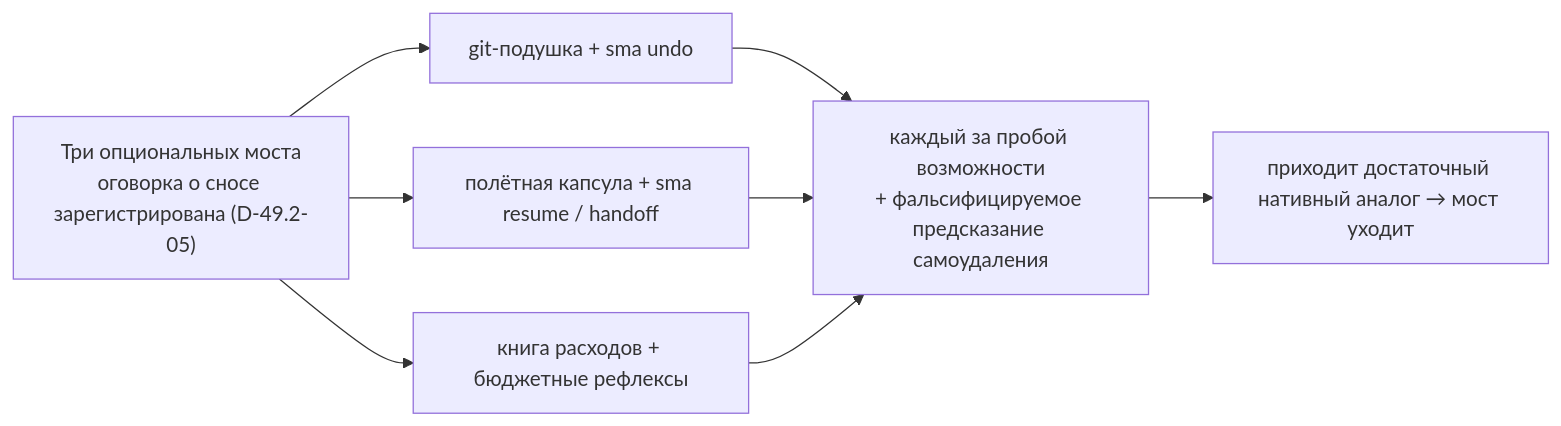
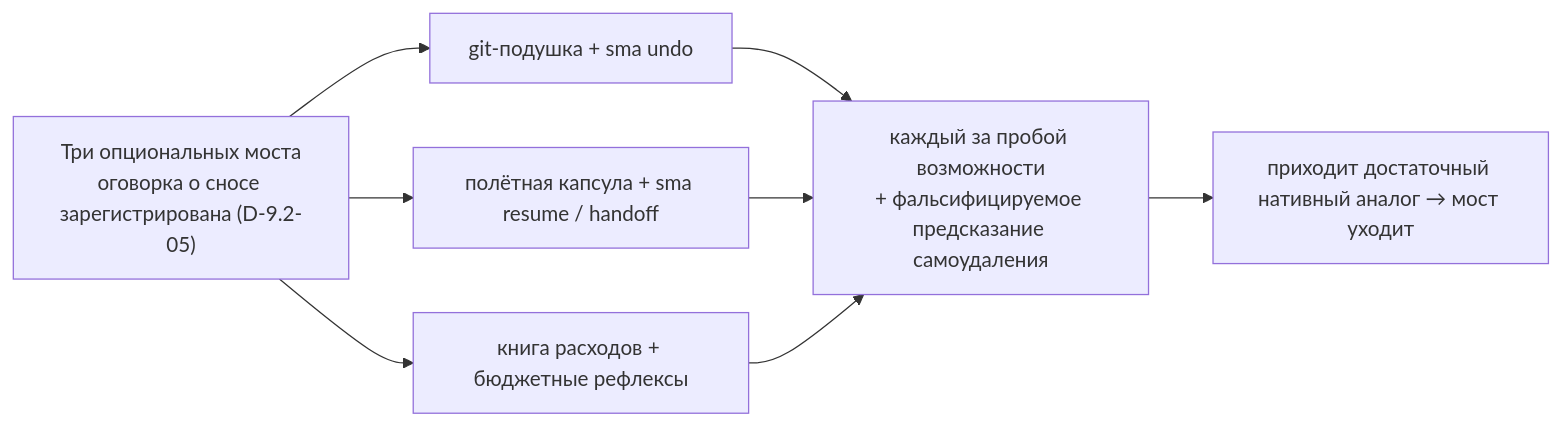
Diagram 20 of 24 in README.ru.md (sma-framework/sma), drawn with Mermaid before and after one commit. The commit also changed other lines of this file and 257 other files, not shown here.

````diff
--- a/README.ru.md
+++ b/README.ru.md
@@ -726,8 +726,8 @@
 ```mermaid
 flowchart LR
-    B["Три опциональных моста<br>оговорка о сносе зарегистрирована (D-49.2-05)"] --> A1["git-подушка + sma undo"]
+    B["Три опциональных моста<br>оговорка о сносе зарегистрирована (D-9.2-05)"] --> A1["git-подушка + sma undo"]
     B --> A2["полётная капсула + sma resume / handoff"]
     B --> A3["книга расходов + бюджетные рефлексы"]
     A1 & A2 & A3 --> DC["каждый за пробой возможности<br>+ фальсифицируемое предсказание самоудаления"]
     DC --> STAND["приходит достаточный нативный аналог → мост уходит"]
 ```
````
